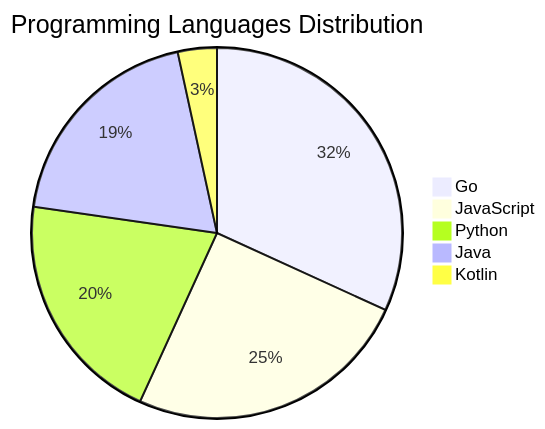
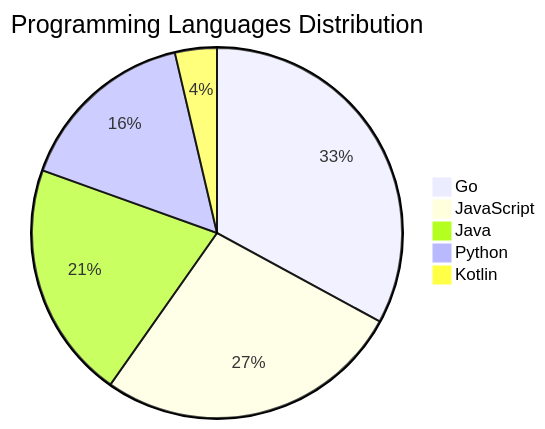
Before and after one commit to Derrick-MUGISHA/github-activity-bot: the diagram in README.md, drawn with Mermaid. The commit also changed other lines of this file and 3 other files, not shown here.

````diff
--- a/README.md
+++ b/README.md
@@ -71,8 +71,8 @@
 ```mermaid
 pie title Programming Languages Distribution
-    "Go" : 28
+    "Go" : 27
     "JavaScript" : 22
-    "Python" : 18
     "Java" : 17
+    "Python" : 13
     "Kotlin" : 3
 ```
````
